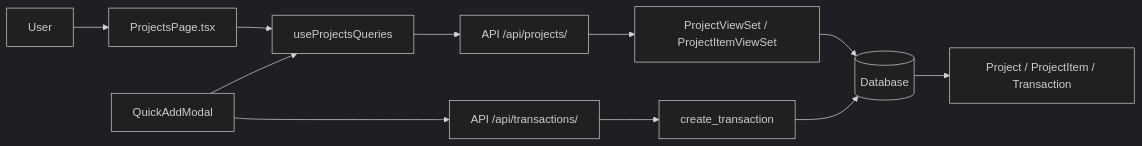
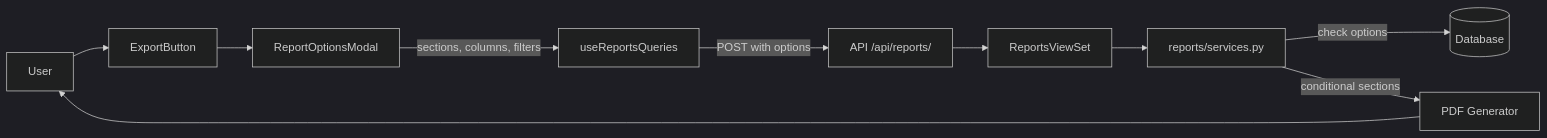
One commit to S0hanbd/Personal_Finance changed the diagram in .junie/plans/phase-5-lending-borrowing.md. Above: the diagram before and after it, drawn with Mermaid (dark theme). The commit also changed other lines of this file and 16 other files, not shown here.

First line of the commit message:
Phase 9b: Add report customization options

````diff
--- a/.junie/plans/phase-5-lending-borrowing.md
+++ b/.junie/plans/phase-5-lending-borrowing.md
@@ -104,13 +96,12 @@
 ```mermaid
 graph LR
-  U[User] --> P[ProjectsPage.tsx]
-  P --> H[useProjectsQueries]
-  H --> A[API /api/projects/]
-  A --> V[ProjectViewSet / ProjectItemViewSet]
-  V --> DB[(Database)]
-  Q[QuickAddModal] --> H
-  Q --> T[API /api/transactions/]
-  T --> S[create_transaction]
-  S --> DB
-  DB --> M[Project / ProjectItem / Transaction]
+  U[User] --> EB[ExportButton]
+  EB --> ROM[ReportOptionsModal]
+  ROM -->|sections, columns, filters| H[useReportsQueries]
+  H -->|POST with options| A[API /api/reports/]
+  A --> V[ReportsViewSet]
+  V --> S[reports/services.py]
+  S -->|check options| DB[(Database)]
+  S -->|conditional sections| PDF[PDF Generator]
+  PDF --> U
 ```
````
